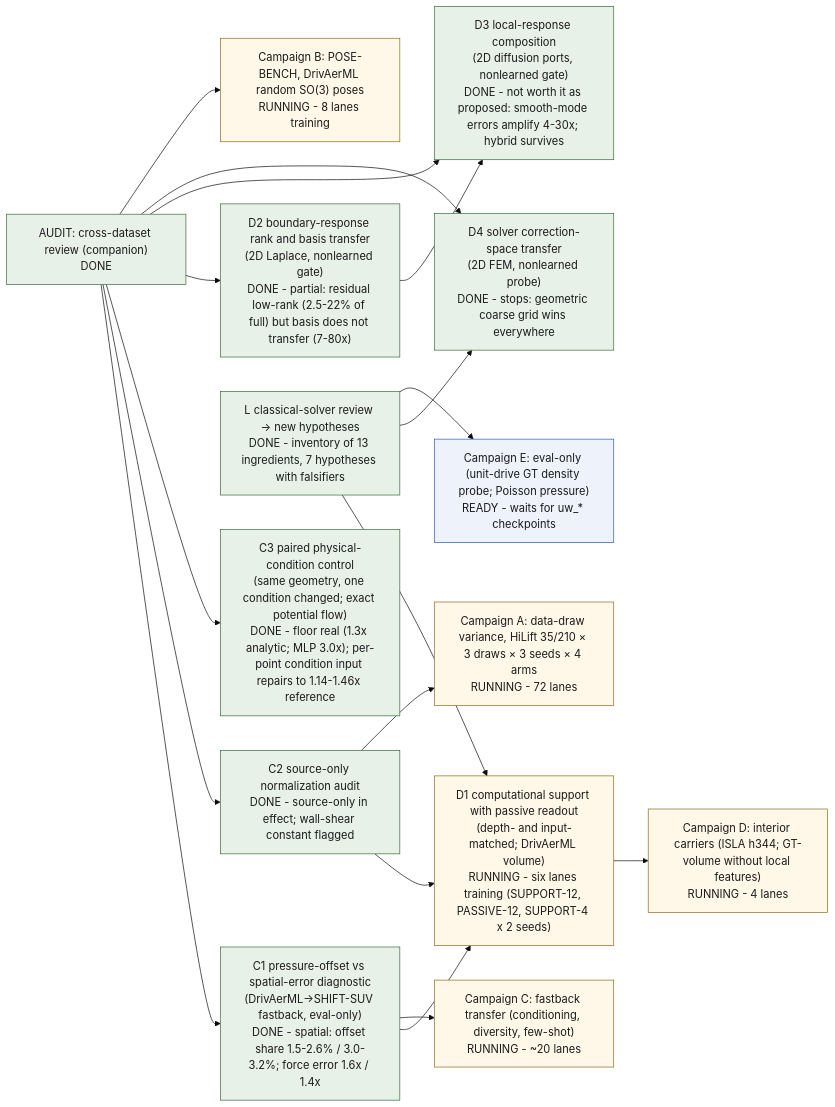
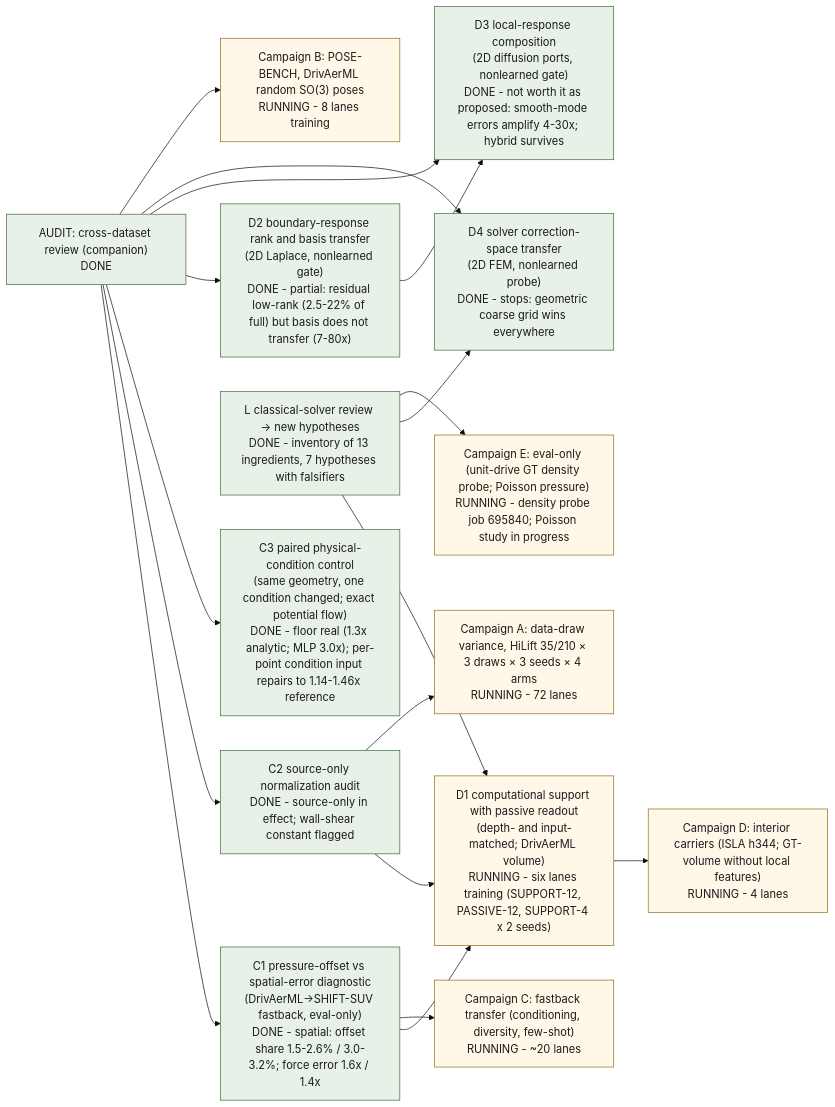
The diagram in examples/cfd/mesh_transformer/research/transfer_program/index.qmd (peterdsharpe/modulus), drawn with Mermaid (base theme) before and after one commit. The commit also changed other lines of this file, not shown here.

Commit message:
Transfer program: CAMP-E node and ledger row to RUNNING with preregistered bars

````diff
--- a/examples/cfd/mesh_transformer/research/transfer_program/index.qmd
+++ b/examples/cfd/mesh_transformer/research/transfer_program/index.qmd
@@ -36,37 +36,37 @@
 ```{mermaid}
 flowchart LR
   classDef done fill:#e8f1e8,stroke:#3a6b3a,color:#1a1a1a
   classDef running fill:#fff8e8,stroke:#8a6d1a,color:#1a1a1a
   classDef ready fill:#eef3fb,stroke:#2a5ba8,color:#1a1a1a
   classDef planned fill:#f2f1ec,stroke:#898781,color:#1a1a1a,stroke-dasharray:4 3
   AUDIT["AUDIT: cross-dataset review (companion)<br/>DONE"]:::done
   POFF["C1 pressure-offset vs spatial-error diagnostic<br/>(DrivAerML→SHIFT-SUV fastback, eval-only)<br/>DONE - spatial: offset share 1.5-2.6% / 3.0-3.2%; force error 1.6x / 1.4x"]:::done
   SNORM["C2 source-only normalization audit<br/>DONE - source-only in effect; wall-shear constant flagged"]:::done
   PAIR["C3 paired physical-condition control<br/>(same geometry, one condition changed; exact potential flow)<br/>DONE - floor real (1.3x analytic; MLP 3.0x); per-point condition input repairs to 1.14-1.46x reference"]:::done
   SUPP["D1 computational support with passive readout<br/>(depth- and input-matched; DrivAerML volume)<br/>RUNNING - six lanes training (SUPPORT-12, PASSIVE-12, SUPPORT-4 x 2 seeds)"]:::running
   RESP["D2 boundary-response rank and basis transfer<br/>(2D Laplace, nonlearned gate)<br/>DONE - partial: residual low-rank (2.5-22% of full) but basis does not transfer (7-80x)"]:::done
   COMP["D3 local-response composition<br/>(2D diffusion ports, nonlearned gate)<br/>DONE - not worth it as proposed: smooth-mode errors amplify 4-30x; hybrid survives"]:::done
   SOLV["D4 solver correction-space transfer<br/>(2D FEM, nonlearned probe)<br/>DONE - stops: geometric coarse grid wins everywhere"]:::done
   CLASS["L classical-solver review → new hypotheses<br/>DONE - inventory of 13 ingredients, 7 hypotheses with falsifiers"]:::done
   CAMPA["Campaign A: data-draw variance, HiLift 35/210 × 3 draws × 3 seeds × 4 arms<br/>RUNNING - 72 lanes"]:::running
   CAMPB["Campaign B: POSE-BENCH, DrivAerML random SO(3) poses<br/>RUNNING - 8 lanes training"]:::running
   CAMPC["Campaign C: fastback transfer (conditioning, diversity, few-shot)<br/>RUNNING - ~20 lanes"]:::running
   CAMPD["Campaign D: interior carriers (ISLA h344; GT-volume without local features)<br/>RUNNING - 4 lanes"]:::running
-  CAMPE["Campaign E: eval-only (unit-drive GT density probe; Poisson pressure)<br/>READY - waits for uw_* checkpoints"]:::ready
+  CAMPE["Campaign E: eval-only (unit-drive GT density probe; Poisson pressure)<br/>RUNNING - density probe job 695840; Poisson study in progress"]:::running
   AUDIT --> POFF
   AUDIT --> SNORM
   AUDIT --> PAIR
   POFF --> SUPP
   SNORM --> SUPP
   AUDIT --> RESP
   AUDIT --> COMP
   AUDIT --> SOLV
   RESP --> COMP
   CLASS --> SUPP
   CLASS --> SOLV
   POFF --> CAMPC
   SNORM --> CAMPA
   CLASS --> CAMPE
   SUPP --> CAMPD
   AUDIT --> CAMPB
 ```
````
